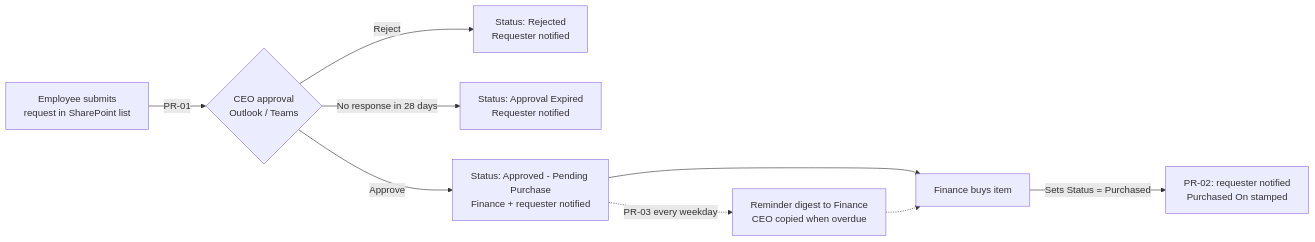
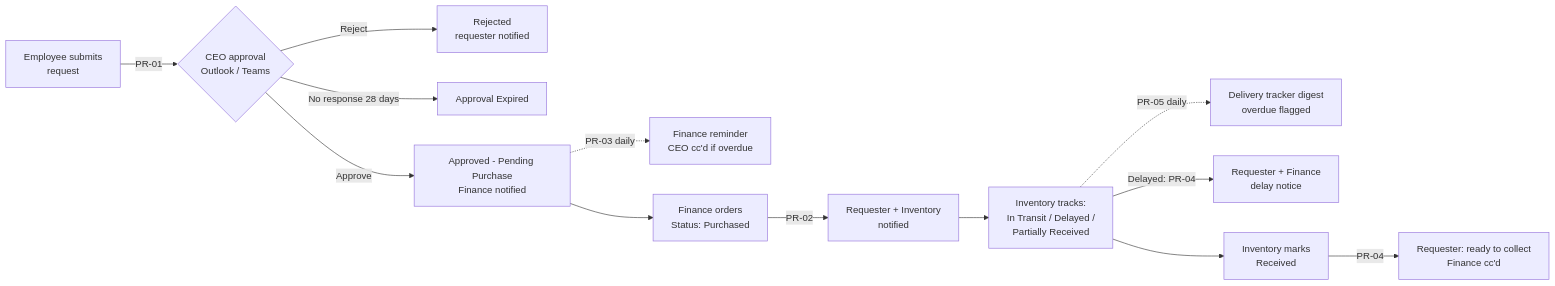
One commit to AdarshSimon-git/OfficeAutomation changed the diagram in README.md. Above: the diagram before and after it, drawn with Mermaid. The commit also changed other lines of this file and 10 other files, not shown here.

First line of the commit message:
Add delivery tracking and goods-received stage for inventory manager

````diff
--- a/README.md
+++ b/README.md
@@ -25,11 +36,15 @@
 ```mermaid
 flowchart LR
-    A[Employee submits<br/>request in SharePoint list] -->|PR-01| B{CEO approval<br/>Outlook / Teams}
-    B -- Reject --> R[Status: Rejected<br/>Requester notified]
-    B -- No response in 28 days --> X[Status: Approval Expired<br/>Requester notified]
-    B -- Approve --> C[Status: Approved - Pending Purchase<br/>Finance + requester notified]
-    C --> D[Finance buys item]
-    D -->|Sets Status = Purchased| E[PR-02: requester notified<br/>Purchased On stamped]
-    C -.->|PR-03 every weekday| F[Reminder digest to Finance<br/>CEO copied when overdue]
-    F -.-> D
+    A[Employee submits<br/>request] -->|PR-01| B{CEO approval<br/>Outlook / Teams}
+    B -- Reject --> R[Rejected<br/>requester notified]
+    B -- No response 28 days --> X[Approval Expired]
+    B -- Approve --> C[Approved - Pending Purchase<br/>Finance notified]
+    C -.->|PR-03 daily| F[Finance reminder<br/>CEO cc'd if overdue]
+    C --> D[Finance orders<br/>Status: Purchased]
+    D -->|PR-02| I[Requester + Inventory<br/>notified]
+    I --> T[Inventory tracks:<br/>In Transit / Delayed /<br/>Partially Received]
+    T -.->|PR-05 daily| G[Delivery tracker digest<br/>overdue flagged]
+    T -->|Delayed: PR-04| DN[Requester + Finance<br/>delay notice]
+    T --> RC[Inventory marks<br/>Received]
+    RC -->|PR-04| RN[Requester: ready to collect<br/>Finance cc'd]
 ```
````
